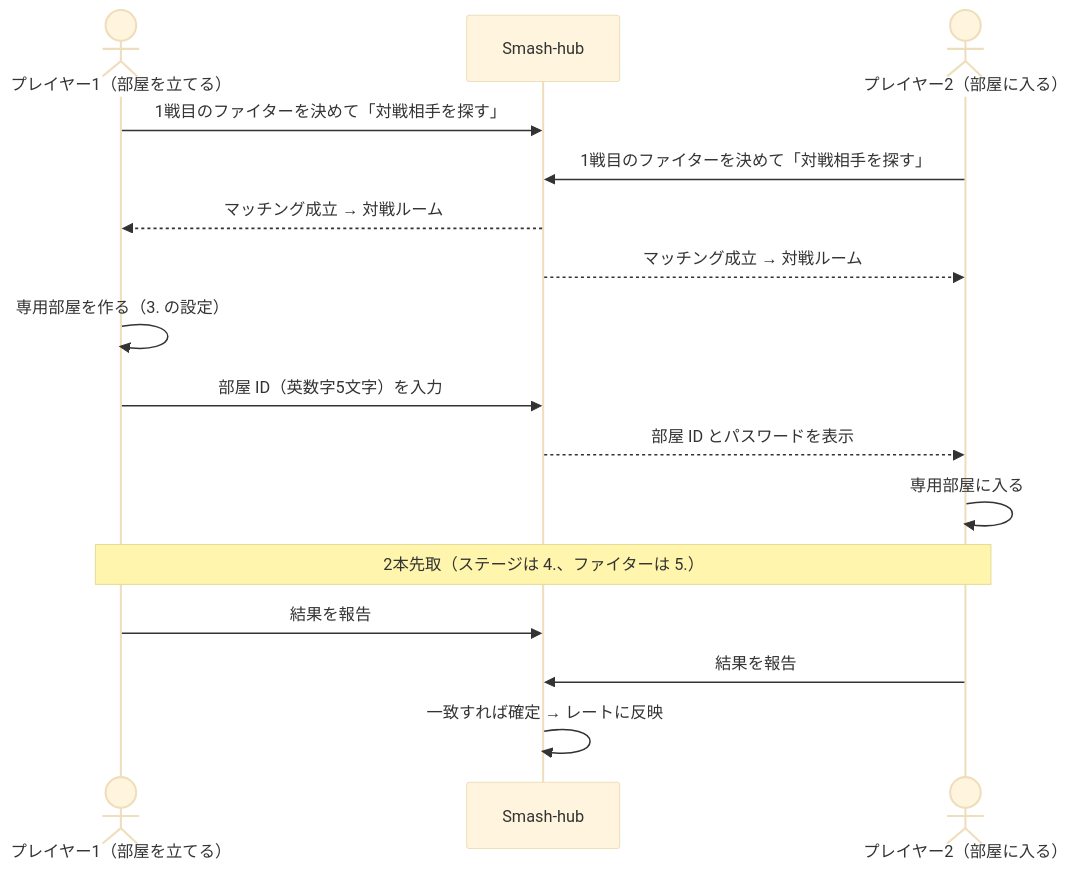
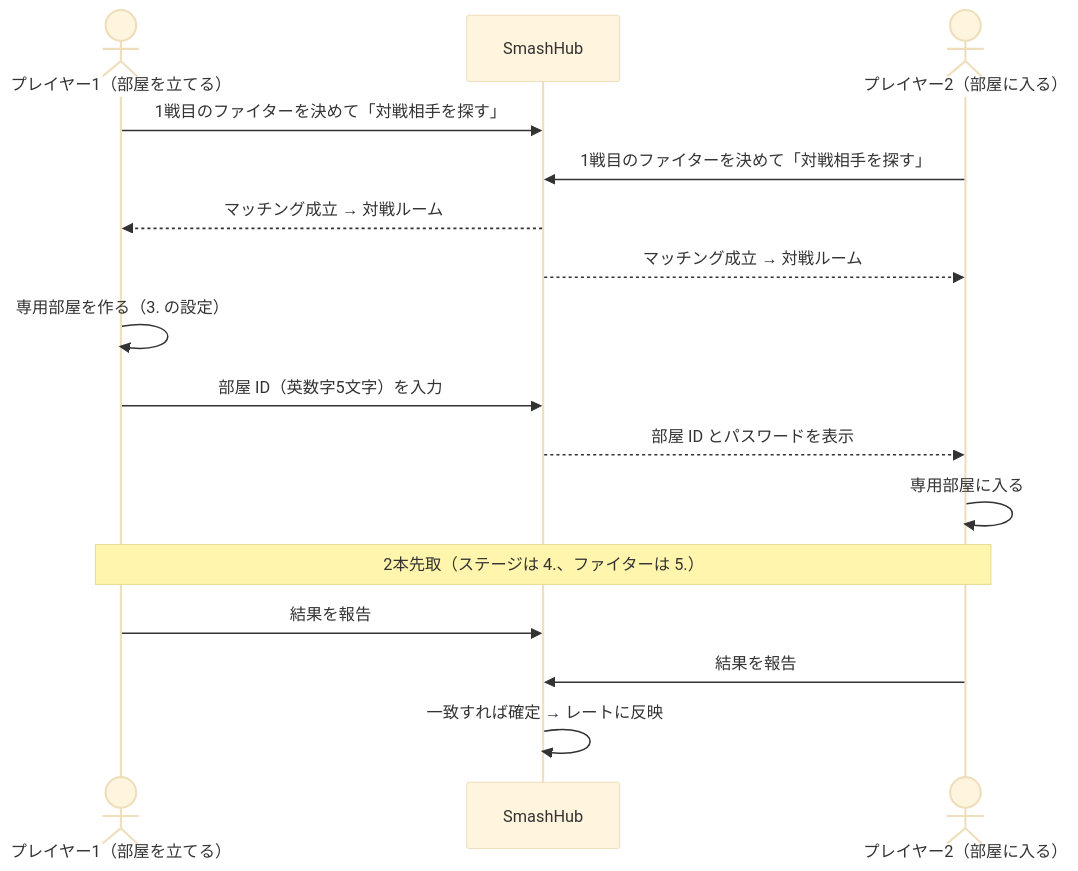
Before and after one commit to tacky0612/smash-hub: the diagram in docs/domain/match-rules.md, drawn with Mermaid (base theme). The commit also changed other lines of this file and 81 other files, not shown here.

````diff
--- a/docs/domain/match-rules.md
+++ b/docs/domain/match-rules.md
@@ -117,18 +117,18 @@
 ```mermaid
 sequenceDiagram
   actor P1 as プレイヤー1（部屋を立てる）
-  participant S as Smash-hub
+  participant S as SmashHub
   actor P2 as プレイヤー2（部屋に入る）
   P1->>S: 1戦目のファイターを決めて「対戦相手を探す」
   P2->>S: 1戦目のファイターを決めて「対戦相手を探す」
   S-->>P1: マッチング成立 → 対戦ルーム
   S-->>P2: マッチング成立 → 対戦ルーム
   P1->>P1: 専用部屋を作る（3. の設定）
   P1->>S: 部屋 ID（英数字5文字）を入力
   S-->>P2: 部屋 ID とパスワードを表示
   P2->>P2: 専用部屋に入る
   Note over P1,P2: 2本先取（ステージは 4.、ファイターは 5.）
   P1->>S: 結果を報告
   P2->>S: 結果を報告
   S->>S: 一致すれば確定 → レートに反映
 ```
````
